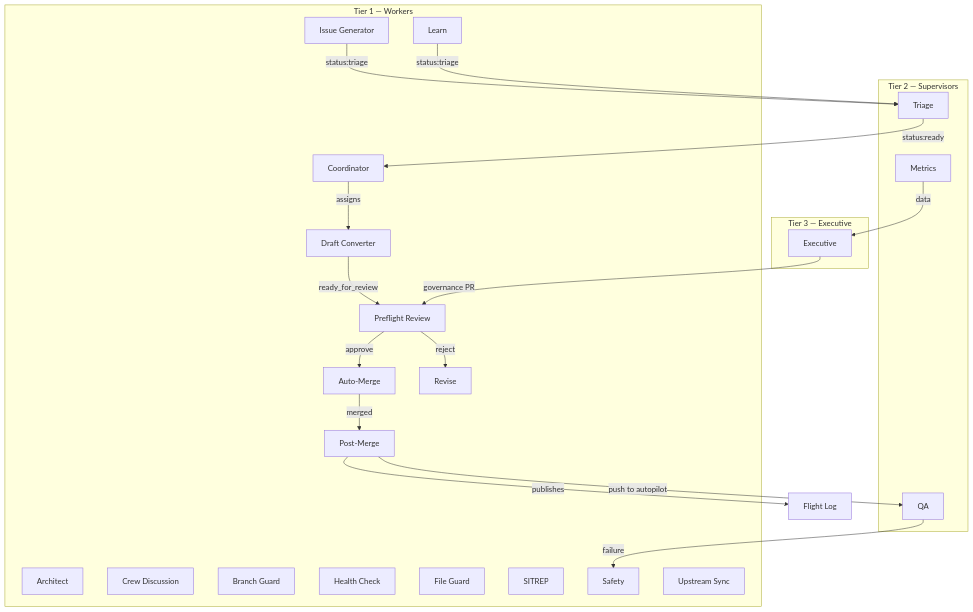
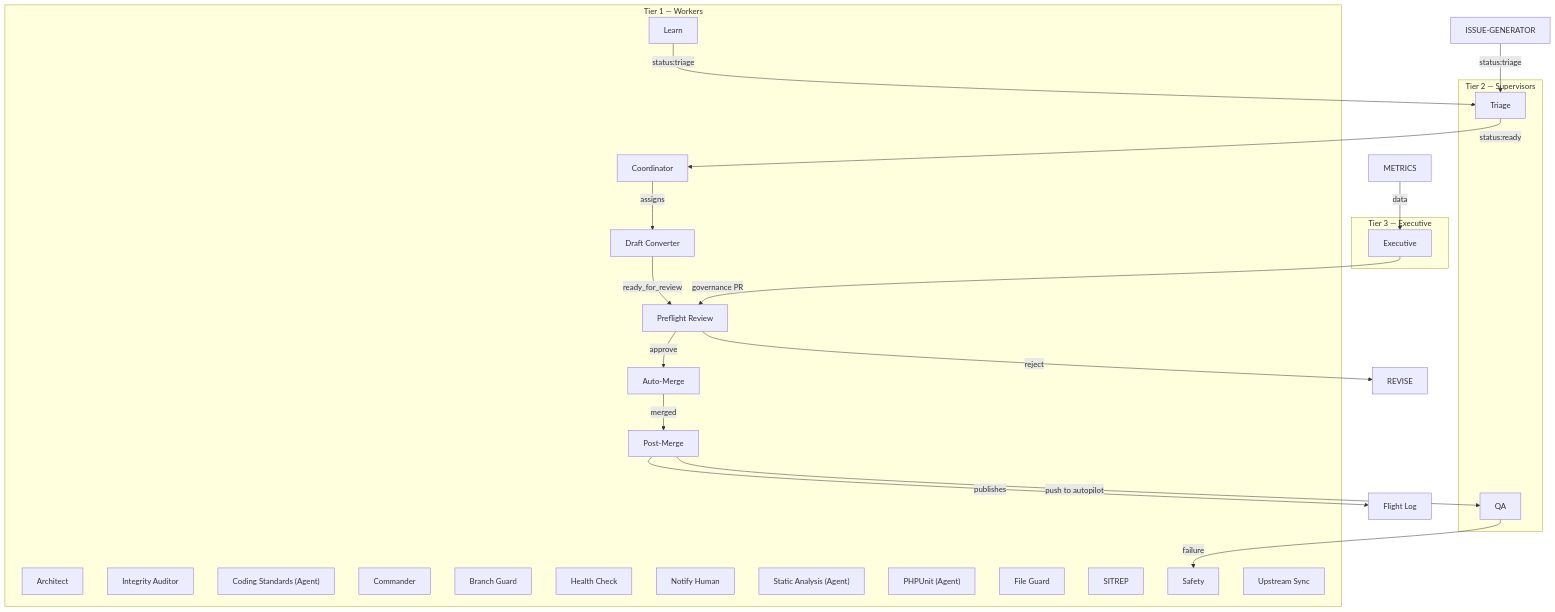
The diagram in ARCHITECTURE.md (nopilots/wordpress-develop), drawn with Mermaid before and after one commit. The commit also changed other lines of this file, not shown here.

Commit message:
Update architecture diagram

````diff
--- a/ARCHITECTURE.md
+++ b/ARCHITECTURE.md
@@ -11,49 +11,53 @@
 ```mermaid
 graph TD
 
     subgraph "Tier 3 — Executive"
         EXECUTIVE["Executive"]
     end
 
     subgraph "Tier 2 — Supervisors"
-        METRICS["Metrics"]
         QA["QA"]
         TRIAGE["Triage"]
     end
 
     subgraph "Tier 1 — Workers"
         ARCHITECT["Architect"]
+        AUDITOR["Integrity Auditor"]
         CLEANUP["Post-Merge"]
+        CODING-STANDARDS["Coding Standards (Agent)"]
+        COMMANDER["Commander"]
         COORDINATOR["Coordinator"]
-        DISCUSS["Crew Discussion"]
         GUARD["Branch Guard"]
         HEALTH-CHECK["Health Check"]
-        ISSUE-GENERATOR["Issue Generator"]
         LEARN["Learn"]
         MERGE["Auto-Merge"]
+        NOTIFY["Notify Human"]
+        PHPSTAN["Static Analysis (Agent)"]
+        PHPUNIT["PHPUnit (Agent)"]
         PROTECTED-FILES["File Guard"]
         READY["Draft Converter"]
         REFLECTION["SITREP"]
         REVIEW["Preflight Review"]
-        REVISE["Revise"]
         SAFETY["Safety"]
         SYNC-UPSTREAM["Upstream Sync"]
     end
 
     %% Data flows
     ISSUE-GENERATOR -->|status:triage| TRIAGE
     LEARN -->|status:triage| TRIAGE
     TRIAGE -->|status:ready| COORDINATOR
     COORDINATOR -->|assigns| READY["Draft Converter"]
     READY -->|ready_for_review| REVIEW
     REVIEW -->|approve| MERGE["Auto-Merge"]
     REVIEW -->|reject| REVISE
     MERGE -->|merged| CLEANUP
     CLEANUP -->|push to autopilot| QA
     CLEANUP -->|publishes| FL["Flight Log"]
     QA -->|failure| SAFETY
     METRICS -->|data| EXECUTIVE
     EXECUTIVE -->|governance PR| REVIEW
 
+    %% Composite action: escalate-to-human
     %% Composite action: publish-to-flight-log
+    %% Composite action: read-from-flight-log
 ```
````
